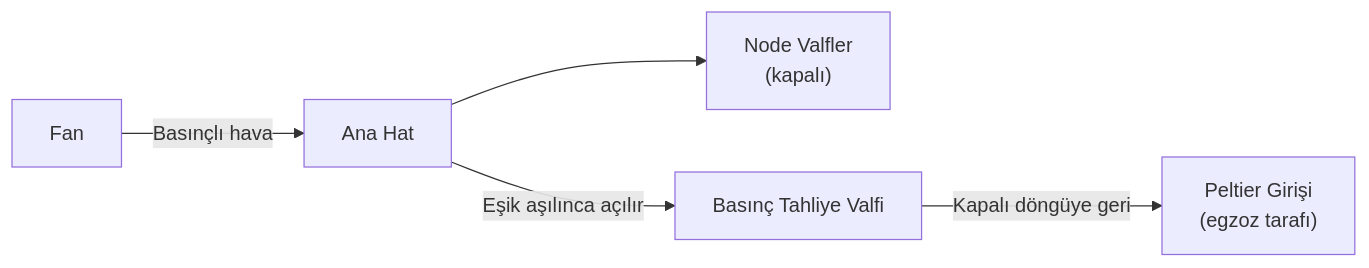
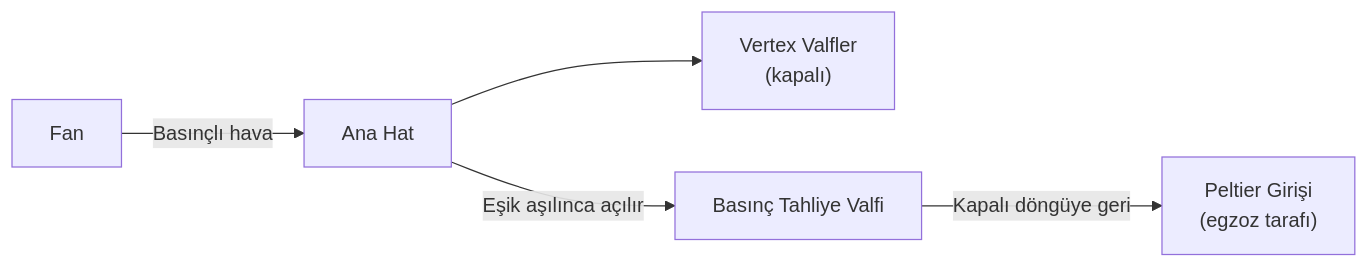
The sixth of 6 diagrams in docs/02-hardware/climate-monitoring.md (mkadayifci/tronloop-defteri-kebir), drawn with Mermaid before and after one commit. The commit also changed other lines of this file and 21 other files, not shown here.

````diff
--- a/docs/02-hardware/climate-monitoring.md
+++ b/docs/02-hardware/climate-monitoring.md
@@ -175,7 +185,7 @@
 ```mermaid
 flowchart LR
     FAN["Fan"] -->|"Basınçlı hava"| ANA["Ana Hat"]
-    ANA --> N["Node Valfler<br/>(kapalı)"]
+    ANA --> N["Vertex Valfler<br/>(kapalı)"]
     ANA -->|"Eşik aşılınca açılır"| BTV["Basınç Tahliye Valfi"]
     BTV -->|"Kapalı döngüye geri"| PG["Peltier Girişi<br/>(egzoz tarafı)"]
 ```
````
